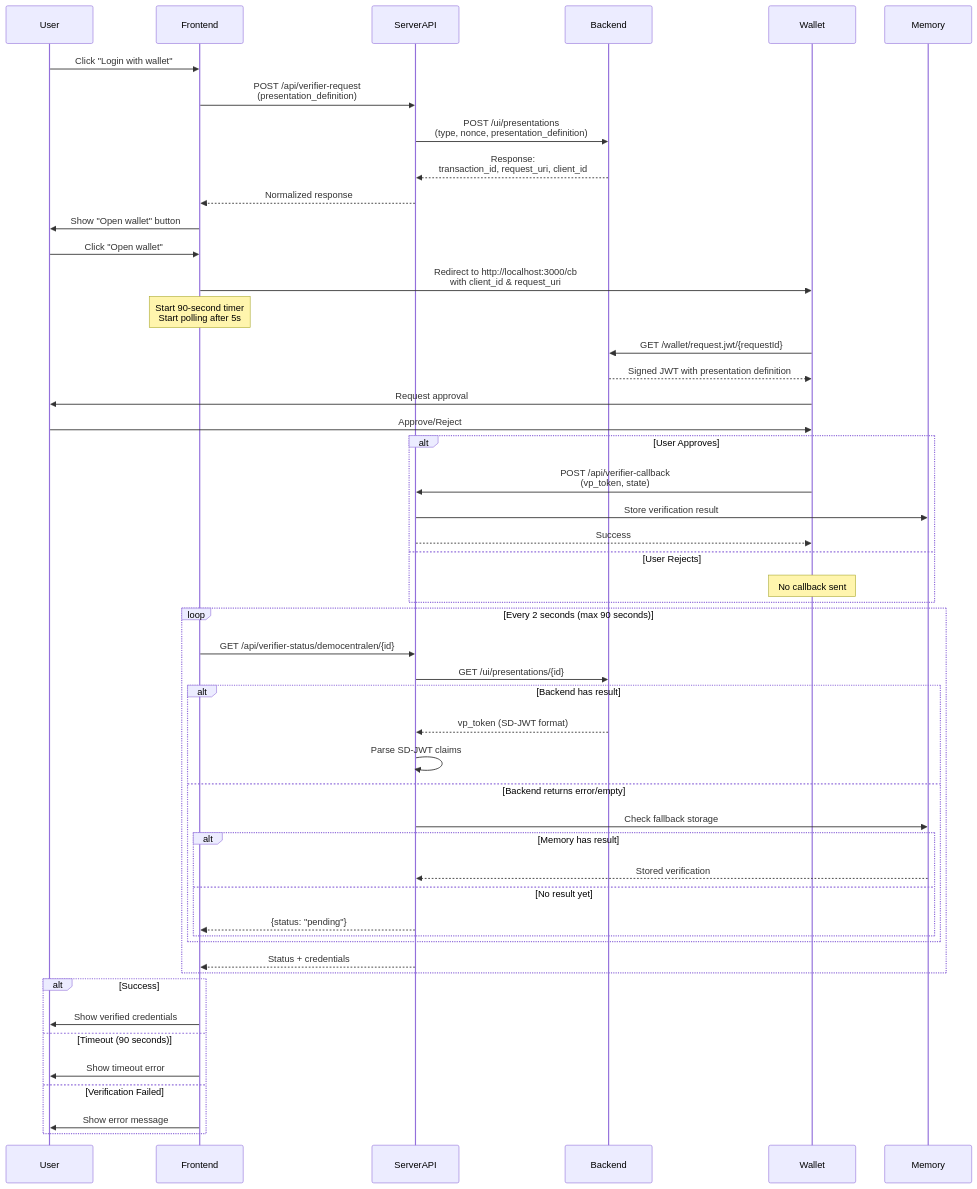
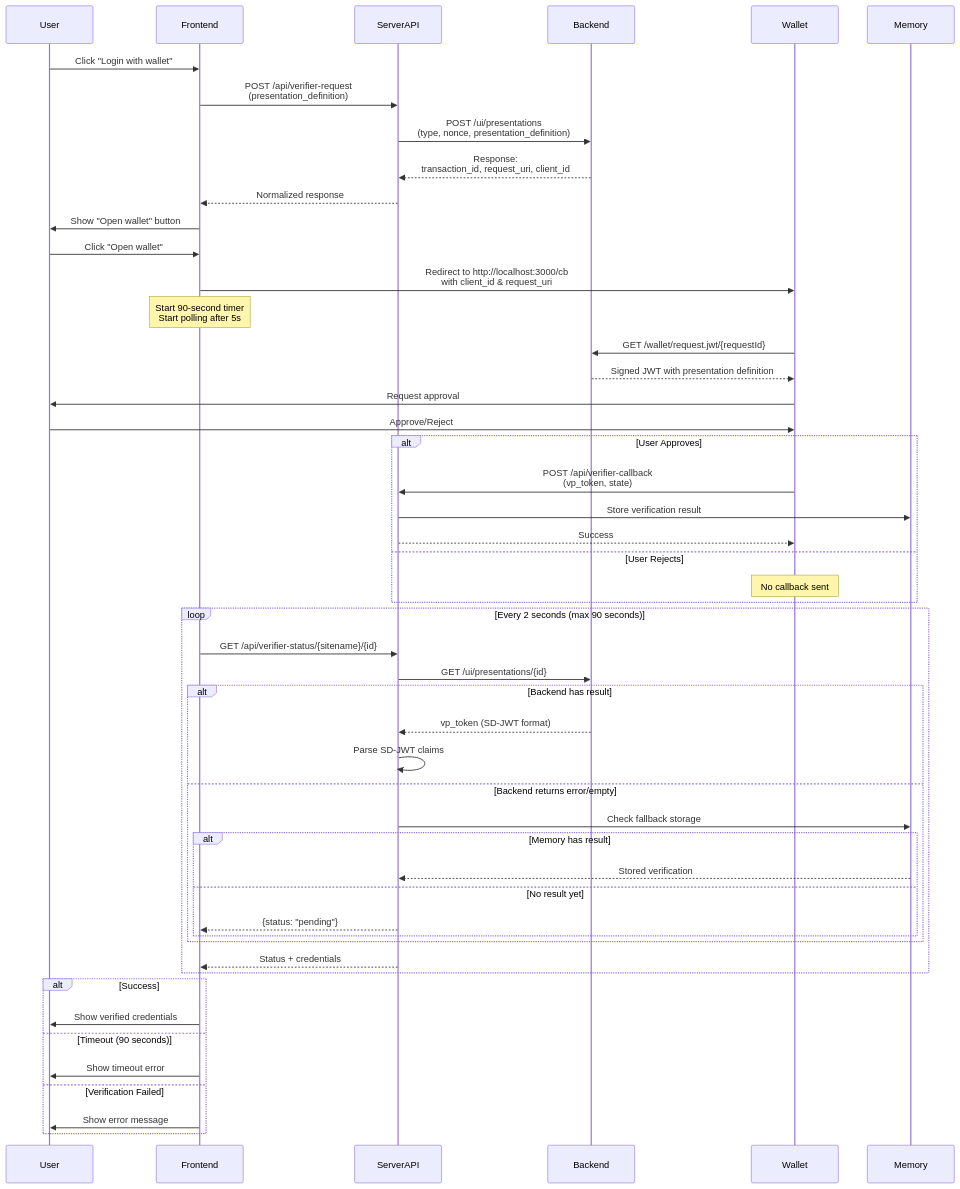
One commit to diggsweden/wallet-verifier-test-web changed the second of 2 diagrams in README.md. Above: the diagram before and after it, drawn with Mermaid.

Commit message:
fix: sitename path variable with curly braces in diagram

````diff
--- a/README.md
+++ b/README.md
@@ -60,62 +60,62 @@
 ```mermaid
 sequenceDiagram
     participant User
     participant Frontend
     participant ServerAPI
     participant Backend
     participant Wallet
     participant Memory
 
     User->>Frontend: Click "Login with wallet"
     Frontend->>ServerAPI: POST /api/verifier-request<br/>(presentation_definition)
     ServerAPI->>Backend: POST /ui/presentations<br/>(type, nonce, presentation_definition)
     Backend-->>ServerAPI: Response:<br/>transaction_id, request_uri, client_id
     ServerAPI-->>Frontend: Normalized response
     
     Frontend->>User: Show "Open wallet" button
     User->>Frontend: Click "Open wallet"
     Frontend->>Wallet: Redirect to http://localhost:3000/cb<br/>with client_id & request_uri
     
     Note over Frontend: Start 90-second timer<br/>Start polling after 5s
     
     Wallet->>Backend: GET /wallet/request.jwt/{requestId}
     Backend-->>Wallet: Signed JWT with presentation definition
     
     Wallet->>User: Request approval
     User->>Wallet: Approve/Reject
     
     alt User Approves
         Wallet->>ServerAPI: POST /api/verifier-callback<br/>(vp_token, state)
         ServerAPI->>Memory: Store verification result
         ServerAPI-->>Wallet: Success
     else User Rejects
         Note over Wallet: No callback sent
     end
     
     loop Every 2 seconds (max 90 seconds)
-        Frontend->>ServerAPI: GET /api/verifier-status/democentralen/{id}
+        Frontend->>ServerAPI: GET /api/verifier-status/{sitename}/{id}
         ServerAPI->>Backend: GET /ui/presentations/{id}
         
         alt Backend has result
             Backend-->>ServerAPI: vp_token (SD-JWT format)
             ServerAPI->>ServerAPI: Parse SD-JWT claims
         else Backend returns error/empty
             ServerAPI->>Memory: Check fallback storage
             alt Memory has result
                 Memory-->>ServerAPI: Stored verification
             else No result yet
                 ServerAPI-->>Frontend: {status: "pending"}
             end
         end
         
         ServerAPI-->>Frontend: Status + credentials
     end
     
     alt Success
         Frontend->>User: Show verified credentials
     else Timeout (90 seconds)
         Frontend->>User: Show timeout error
     else Verification Failed
         Frontend->>User: Show error message
     end
 ```
````
